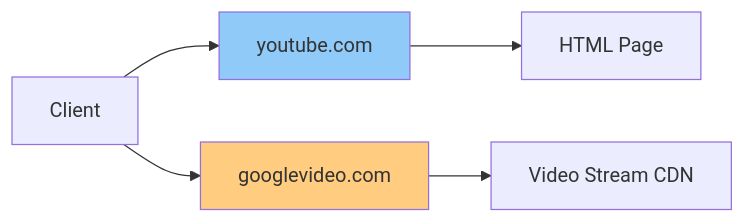
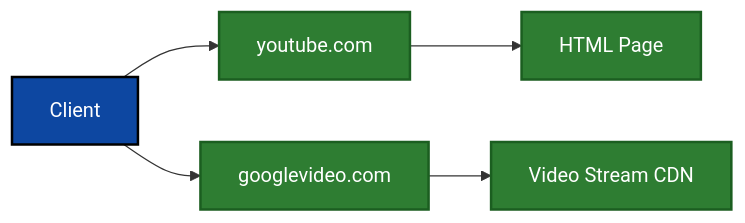
Before and after one commit to KosenkovPro/youtube-video-not-loading-fix: the second of 6 diagrams in README.md, drawn with Mermaid. The commit also changed other lines of this file, not shown here.

````diff
--- a/README.md
+++ b/README.md
@@ -45,11 +45,15 @@
 ```mermaid
 flowchart LR
     A[Client] --> B[youtube.com]
     B --> C[HTML Page]
 
     A --> D[googlevideo.com]
     D --> E[Video Stream CDN]
 
-    style B fill:#90caf9
-    style D fill:#ffcc80
+    style A fill:#0d47a1,stroke:#000000,stroke-width:2px,color:#ffffff
+    style C fill:#2e7d32,stroke:#1b5e20,stroke-width:2px,color:#ffffff
+    style B fill:#2e7d32,stroke:#1b5e20,stroke-width:2px,color:#ffffff
+    style D fill:#2e7d32,stroke:#1b5e20,stroke-width:2px,color:#ffffff
+    style E fill:#2e7d32,stroke:#1b5e20,stroke-width:2px,color:#ffffff
+
 ```
````
